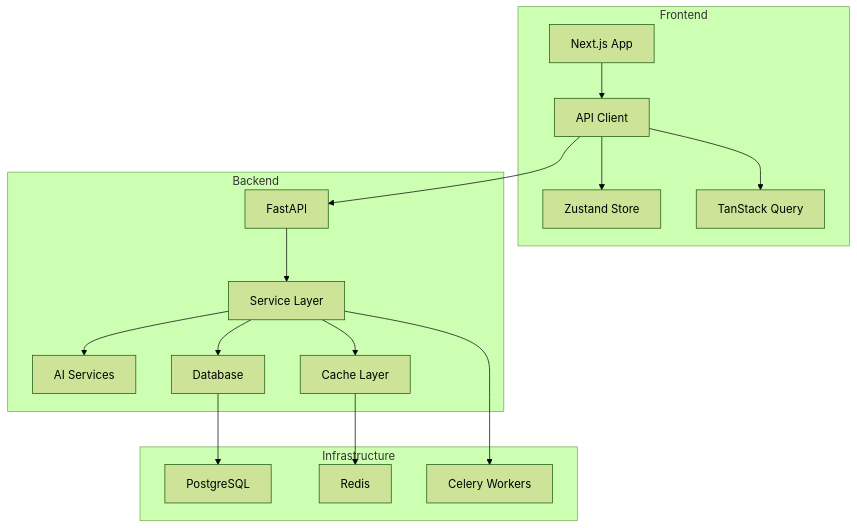
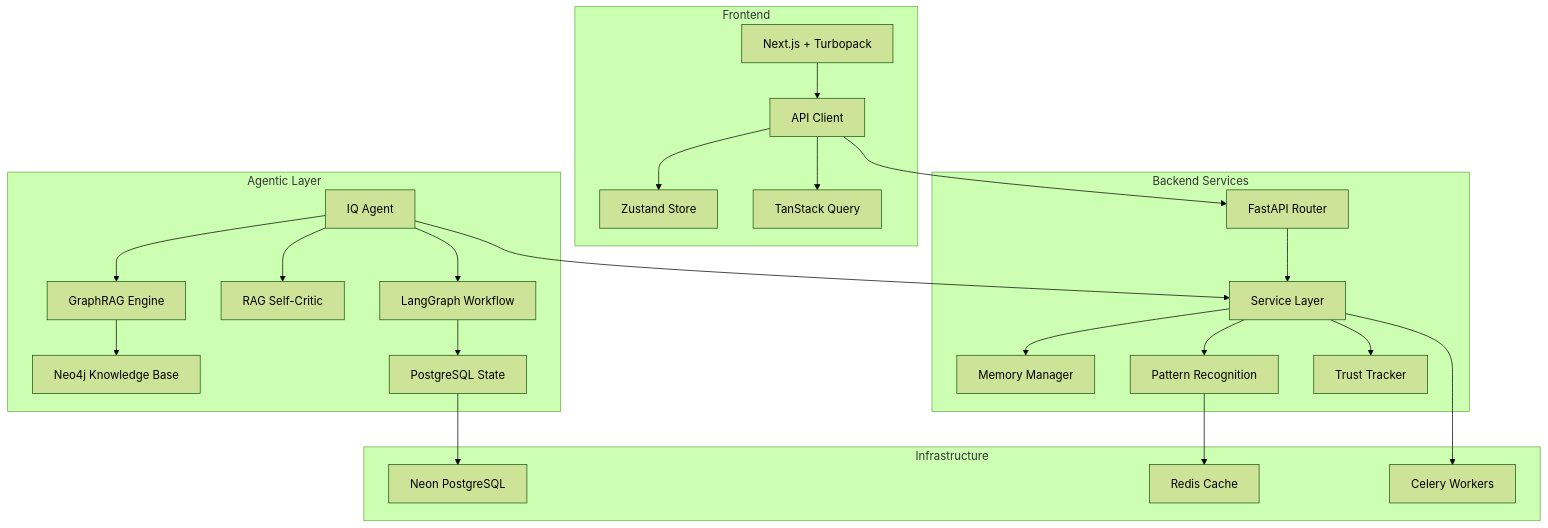
Before and after one commit to RuleIQ-Vercel-Deploy/ruleIQ: the diagram in README.md, drawn with Mermaid (forest theme). The commit also changed other lines of this file and 18 other files, not shown here.

````diff
--- a/README.md
+++ b/README.md
@@ -52,26 +64,35 @@
 ```mermaid
 graph TB
     subgraph "Frontend"
-        A[Next.js App] --> B[API Client]
+        A[Next.js + Turbopack] --> B[API Client]
         B --> C[Zustand Store]
         B --> D[TanStack Query]
     end
     
-    subgraph "Backend"
-        E[FastAPI] --> F[Service Layer]
-        F --> G[AI Services]
-        F --> H[Database]
-        F --> I[Cache Layer]
+    subgraph "Agentic Layer"
+        E[IQ Agent] --> F[GraphRAG Engine]
+        E --> G[RAG Self-Critic]
+        E --> H[LangGraph Workflow]
+        F --> I[Neo4j Knowledge Base]
+        H --> J[PostgreSQL State]
+    end
+    
+    subgraph "Backend Services"
+        K[FastAPI Router] --> L[Service Layer]
+        L --> M[Memory Manager]
+        L --> N[Pattern Recognition]
+        L --> O[Trust Tracker]
     end
     
     subgraph "Infrastructure"
-        J[PostgreSQL]
-        K[Redis]
-        L[Celery Workers]
+        P[Neon PostgreSQL]
+        Q[Redis Cache]
+        R[Celery Workers]
     end
     
-    B --> E
-    H --> J
-    I --> K
-    F --> L
+    B --> K
+    E --> L
+    J --> P
+    N --> Q
+    L --> R
 ```
````
